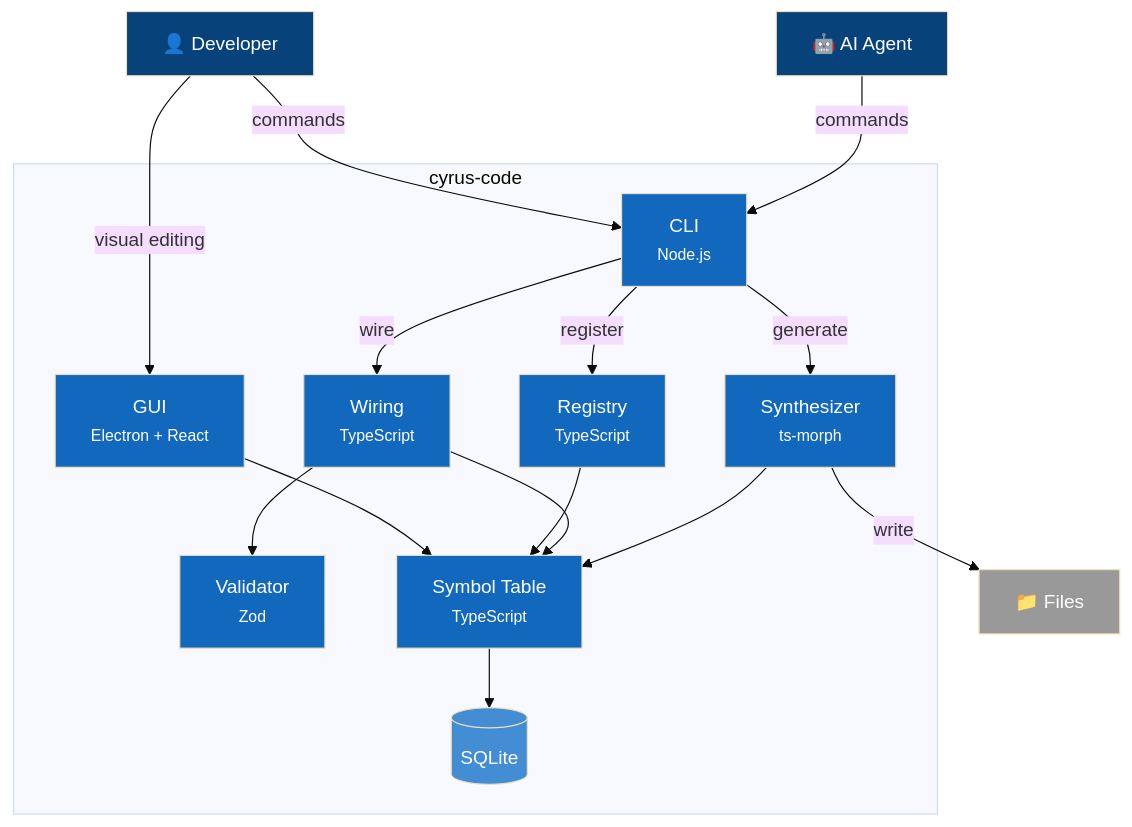
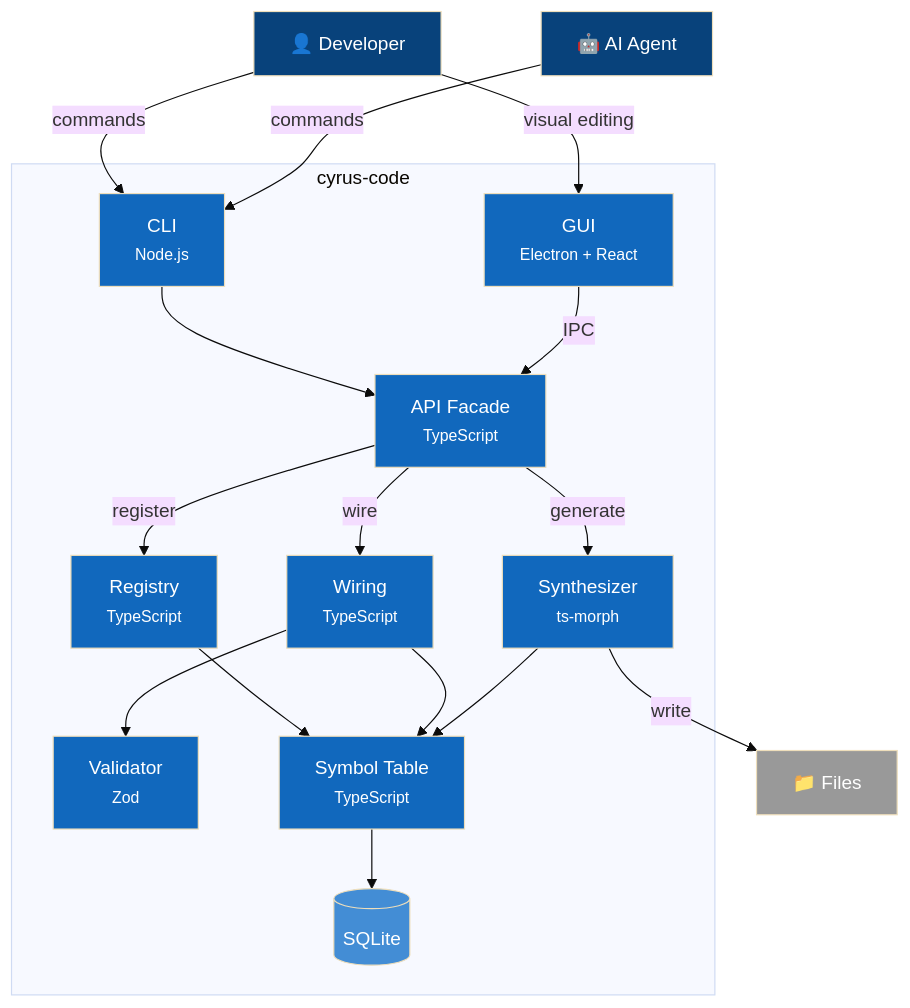
Before and after one commit to louipr/cyrus-code: the diagram in docs/c4/2-container.md, drawn with Mermaid (base theme). The commit also changed other lines of this file and 2 other files, not shown here.

Commit message:
fix(c4): correct architecture - CLI and GUI route through API Facade
The C4 diagrams incorrectly showed GUI accessing Symbol Table directly.
Actual architecture: both CLI and GUI route through ApiFacade to all
backend services (Registry, Wiring, Validator, Synthesizer).

Changes:
- Level 2 Container: Add API Facade, route CLI/GUI through it
- Level 3 Component: Update data flows to show API Facade routing
- Dynamic diagrams: Add API Facade to all 5 flow diagrams

Evidence from code:
- electron/ipc-handlers.ts: 40+ IPC channels delegate to ApiFacade
- src/api/facade.ts: Single entry point (1,474 lines)
- GUI components call apiClient.wiring.*, synthesizer.*, symbols.*

🤖 Generated with [Claude Code](https://claude.com/claude-code)

````diff
--- a/docs/c4/2-container.md
+++ b/docs/c4/2-container.md
@@ -15,42 +15,46 @@
 ```mermaid
 flowchart TB
     dev["👤 Developer"] -->|"commands"| cli
     dev -->|"visual editing"| gui
     ai["🤖 AI Agent"] -->|"commands"| cli
 
     subgraph cyrus ["cyrus-code"]
         cli["CLI<br/><small>Node.js</small>"]
         gui["GUI<br/><small>Electron + React</small>"]
 
+        api["API Facade<br/><small>TypeScript</small>"]
+
         reg["Registry<br/><small>TypeScript</small>"]
         wire["Wiring<br/><small>TypeScript</small>"]
         val["Validator<br/><small>Zod</small>"]
         synth["Synthesizer<br/><small>ts-morph</small>"]
 
         st["Symbol Table<br/><small>TypeScript</small>"]
         db[("SQLite")]
     end
 
-    cli -->|"register"| reg
-    cli -->|"wire"| wire
-    cli -->|"generate"| synth
-    gui --> st
+    cli --> api
+    gui -->|"IPC"| api
+
+    api -->|"register"| reg
+    api -->|"wire"| wire
+    api -->|"generate"| synth
 
     reg --> st
     wire --> val
     wire --> st
     synth --> st
 
     st --> db
     synth -->|"write"| fs["📁 Files"]
 
     classDef person fill:#08427b,color:#fff
     classDef container fill:#1168bd,color:#fff
     classDef storage fill:#438dd5,color:#fff
     classDef external fill:#999,color:#fff
 
     class dev,ai person
-    class cli,gui,reg,wire,val,synth,st container
+    class cli,gui,api,reg,wire,val,synth,st container
     class db storage
     class fs external
 ```
````
